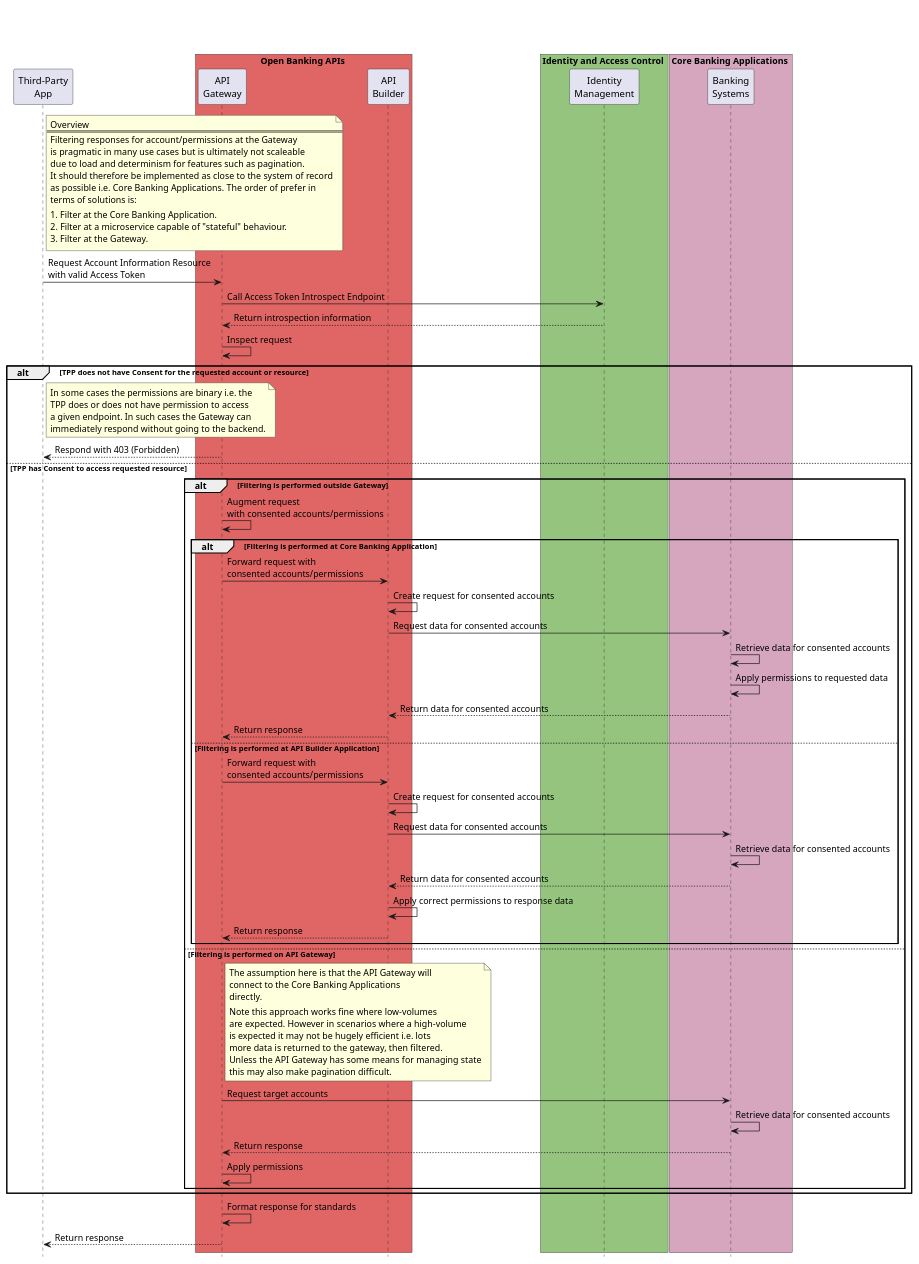
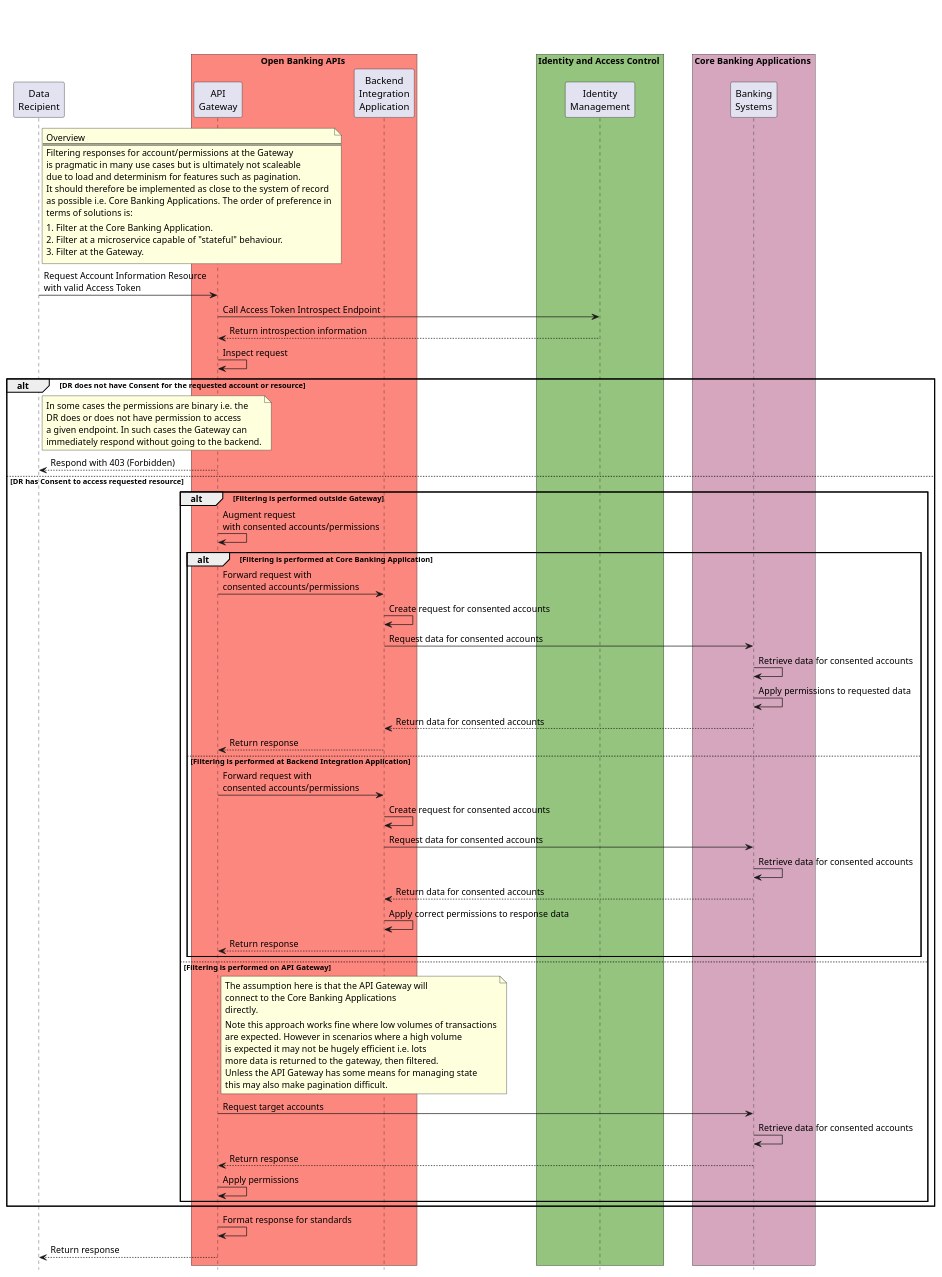
The diagram in src/plant-uml/user-consent-filtering-arch-overview.puml (Axway/open-banking-docs), drawn with PlantUML before and after one commit. The commit also changed 83 other files, not shown here.

```diff
--- a/src/plant-uml/user-consent-filtering-arch-overview.puml
+++ b/src/plant-uml/user-consent-filtering-arch-overview.puml
@@ -1,108 +1,109 @@
 @startuml Applying_Consent_Sequence
 
 title \n\n
 
-participant "Third-Party\nApp" as TPP
+participant "Data\nRecipient" as DR
 
-box Open Banking APIs #e06666 
+box Open Banking APIs #fc877e
 participant "API\nGateway" as API_GATEWAY
-participant "API\nBuilder" as API_BUILDER
+participant "Backend\nIntegration\nApplication" as BIA
 end box
 
 box Identity and Access Control #94c47d
 participant "Identity\nManagement" as IAM
 end box
 
 box Core Banking Applications #d5a6bd
 participant "Banking\nSystems" as ASPSP_API
 end box
 
 hide footbox
 
+skinparam BoxPadding 20
 
-note right of TPP
+note right of DR
 Overview
 ===
 Filtering responses for account/permissions at the Gateway
 is pragmatic in many use cases but is ultimately not scaleable
 due to load and determinism for features such as pagination.
 It should therefore be implemented as close to the system of record
-as possible i.e. Core Banking Applications. The order of prefer in
+as possible i.e. Core Banking Applications. The order of preference in
 terms of solutions is:
 |||
 1. Filter at the Core Banking Application.
 2. Filter at a microservice capable of "stateful" behaviour.
 3. Filter at the Gateway.
 end note
 
-TPP -> API_GATEWAY: Request Account Information Resource\nwith valid Access Token
+DR -> API_GATEWAY: Request Account Information Resource\nwith valid Access Token
 
 API_GATEWAY -> IAM: Call Access Token Introspect Endpoint
 API_GATEWAY <-- IAM: Return introspection information
 API_GATEWAY -> API_GATEWAY: Inspect request
 
-alt TPP does not have Consent for the requested account or resource
+alt DR does not have Consent for the requested account or resource
 
-note right of TPP
+note right of DR
 In some cases the permissions are binary i.e. the
-TPP does or does not have permission to access
+DR does or does not have permission to access
 a given endpoint. In such cases the Gateway can
 immediately respond without going to the backend.
 end note
 
-TPP <-- API_GATEWAY: Respond with 403 (Forbidden)
+DR <-- API_GATEWAY: Respond with 403 (Forbidden)
 
-else TPP has Consent to access requested resource
+else DR has Consent to access requested resource
 
 alt Filtering is performed outside Gateway
 API_GATEWAY -> API_GATEWAY: Augment request\nwith consented accounts/permissions
 
 alt Filtering is performed at Core Banking Application
 
-API_GATEWAY -> API_BUILDER: Forward request with\nconsented accounts/permissions
-API_BUILDER -> API_BUILDER: Create request for consented accounts
-API_BUILDER -> ASPSP_API: Request data for consented accounts
+API_GATEWAY -> BIA: Forward request with\nconsented accounts/permissions
+BIA -> BIA: Create request for consented accounts
+BIA -> ASPSP_API: Request data for consented accounts
 ASPSP_API -> ASPSP_API: Retrieve data for consented accounts
 ASPSP_API -> ASPSP_API: Apply permissions to requested data
-API_BUILDER <-- ASPSP_API: Return data for consented accounts
-API_GATEWAY <-- API_BUILDER: Return response
+BIA <-- ASPSP_API: Return data for consented accounts
+API_GATEWAY <-- BIA: Return response
 
-else Filtering is performed at API Builder Application
+else Filtering is performed at Backend Integration Application
 
-API_GATEWAY -> API_BUILDER: Forward request with\nconsented accounts/permissions
-API_BUILDER -> API_BUILDER: Create request for consented accounts
-API_BUILDER -> ASPSP_API: Request data for consented accounts
+API_GATEWAY -> BIA: Forward request with\nconsented accounts/permissions
+BIA -> BIA: Create request for consented accounts
+BIA -> ASPSP_API: Request data for consented accounts
 ASPSP_API -> ASPSP_API: Retrieve data for consented accounts
-API_BUILDER <-- ASPSP_API: Return data for consented accounts
-API_BUILDER -> API_BUILDER: Apply correct permissions to response data
-API_GATEWAY <-- API_BUILDER: Return response
+BIA <-- ASPSP_API: Return data for consented accounts
+BIA -> BIA: Apply correct permissions to response data
+API_GATEWAY <-- BIA: Return response
 
 end alt
 
 else Filtering is performed on API Gateway
 
 note right of API_GATEWAY
 The assumption here is that the API Gateway will
 connect to the Core Banking Applications 
 directly.
 |||
-Note this approach works fine where low-volumes
-are expected. However in scenarios where a high-volume
+Note this approach works fine where low volumes of transactions
+are expected. However in scenarios where a high volume
 is expected it may not be hugely efficient i.e. lots
 more data is returned to the gateway, then filtered.
 Unless the API Gateway has some means for managing state
 this may also make pagination difficult.
 end note
 
 API_GATEWAY -> ASPSP_API: Request target accounts
 ASPSP_API -> ASPSP_API: Retrieve data for consented accounts
 API_GATEWAY <-- ASPSP_API: Return response
 API_GATEWAY -> API_GATEWAY: Apply permissions
 
 end alt
 end alt
 
 API_GATEWAY -> API_GATEWAY: Format response for standards
-TPP <-- API_GATEWAY: Return response
+DR <-- API_GATEWAY: Return response
 
 @enduml
```
